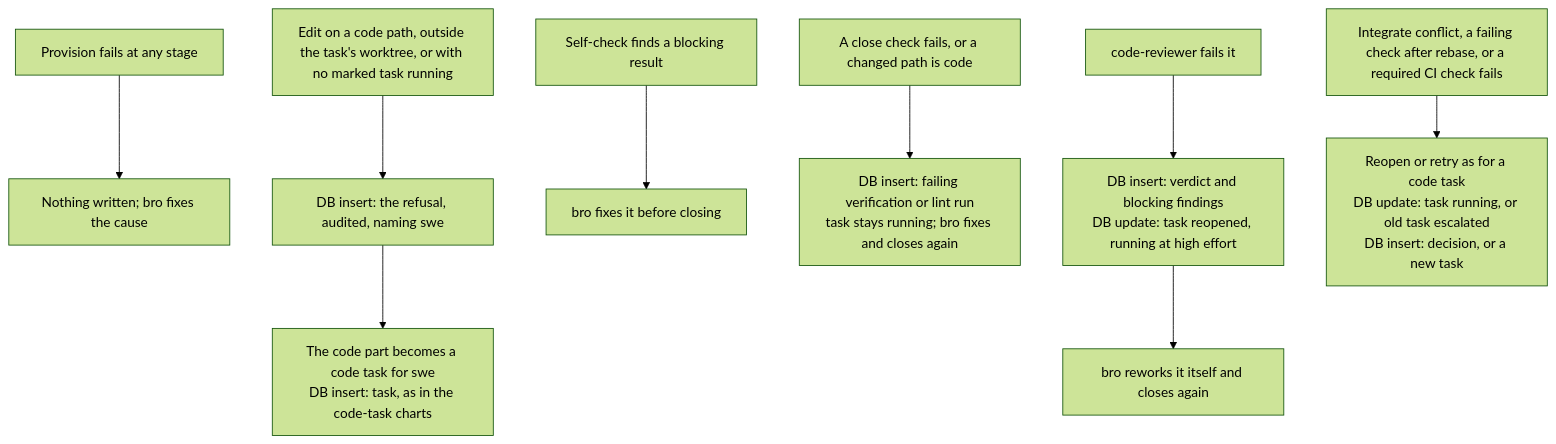
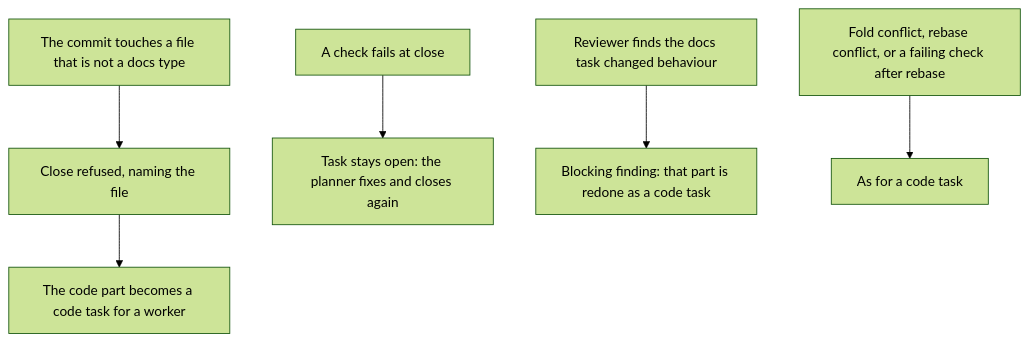
Before and after one commit to trustmybot/tmb: the fourth of 8 diagrams in docs/architecture/TASKS.md, drawn with Mermaid (forest theme). The commit also changed other lines of this file and 38 other files, not shown here.

````diff
--- a/docs/architecture/TASKS.md
+++ b/docs/architecture/TASKS.md
@@ -111,11 +117,8 @@
 ```mermaid
 flowchart TD
-    P0[Provision fails at any stage] --> P1["Nothing written; bro fixes the cause"]
-    D0[Edit on a code path, outside the task's worktree, or with no marked task running] --> D1["DB insert: the refusal, audited, naming swe"]
-    D1 --> D2["The code part becomes a code task for swe<br/>DB insert: task, as in the code-task charts"]
-    E0[Self-check finds a blocking result] --> E1[bro fixes it before closing]
-    C0[A close check fails, or a changed path is code] --> C1["DB insert: failing verification or lint run<br/>task stays running; bro fixes and closes again"]
-    V0[code-reviewer fails it] --> V1["DB insert: verdict and blocking findings<br/>DB update: task reopened, running at high effort"]
-    V1 --> V2[bro reworks it itself and closes again]
-    I0[Integrate conflict, a failing check after rebase, or a required CI check fails] --> I1["Reopen or retry as for a code task<br/>DB update: task running, or old task escalated<br/>DB insert: decision, or a new task"]
+    C0[The commit touches a file that is not a docs type] --> C1["Close refused, naming the file"]
+    C1 --> C2[The code part becomes a code task for a worker]
+    K0[A check fails at close] --> K1["Task stays open: the planner fixes and closes again"]
+    V0[Reviewer finds the docs task changed behaviour] --> V1["Blocking finding: that part is redone as a code task"]
+    I0[Fold conflict, rebase conflict, or a failing check after rebase] --> I1[As for a code task]
 ```
````
